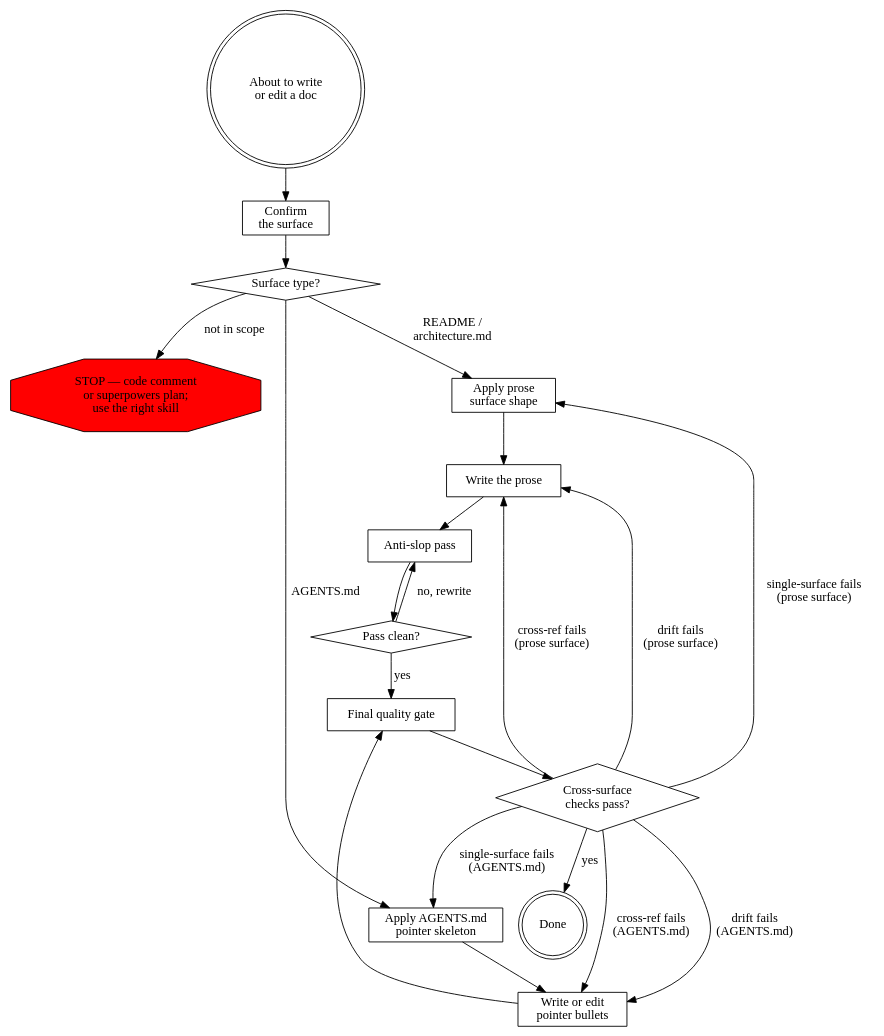
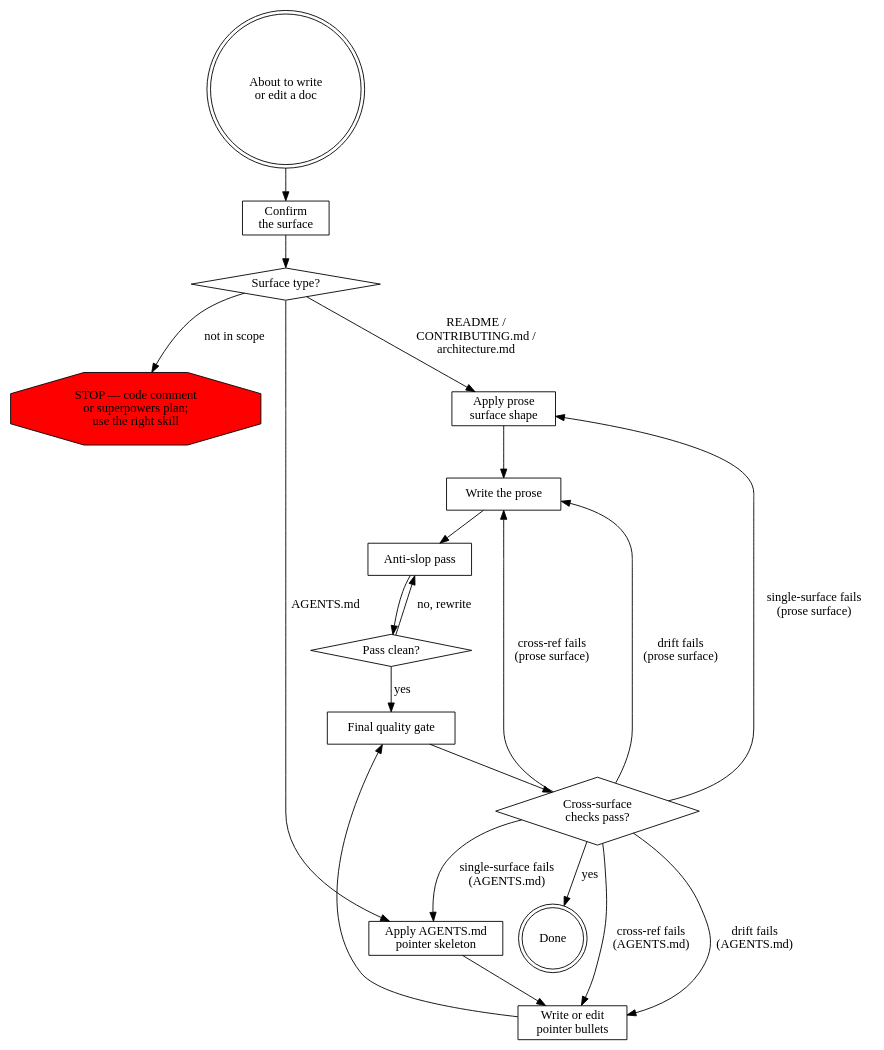
The diagram in .claude/skills/writing-docs/SKILL.md (it-bens/chunkhound-index-compactor), drawn with Graphviz before and after one commit. The commit also changed other lines of this file and 5 other files, not shown here.

````diff
--- a/.claude/skills/writing-docs/SKILL.md
+++ b/.claude/skills/writing-docs/SKILL.md
@@ -17,44 +17,44 @@
 ```dot
 digraph docs_workflow {
     entry [shape=doublecircle, label="About to write\nor edit a doc"];
     surface [shape=box, label="Confirm\nthe surface"];
     branch [shape=diamond, label="Surface type?"];
     out_of_scope [shape=octagon, style=filled, fillcolor=red, label="STOP — code comment\nor superpowers plan;\nuse the right skill"];
 
     prose_shape [shape=box, label="Apply prose\nsurface shape"];
     prose_write [shape=box, label="Write the prose"];
     slop [shape=box, label="Anti-slop pass"];
     slop_clean [shape=diamond, label="Pass clean?"];
 
     agents_shape [shape=box, label="Apply AGENTS.md\npointer skeleton"];
     agents_write [shape=box, label="Write or edit\npointer bullets"];
 
     gate [shape=box, label="Final quality gate"];
     gate_pass [shape=diamond, label="Cross-surface\nchecks pass?"];
     done [shape=doublecircle, label="Done"];
 
     entry -> surface;
     surface -> branch;
     branch -> out_of_scope [label="not in scope"];
-    branch -> prose_shape [label="README /\narchitecture.md"];
+    branch -> prose_shape [label="README /\nCONTRIBUTING.md /\narchitecture.md"];
     branch -> agents_shape [label="AGENTS.md"];
 
     prose_shape -> prose_write;
     prose_write -> slop;
     slop -> slop_clean;
     slop_clean -> slop [label="no, rewrite"];
     slop_clean -> gate [label="yes"];
 
     agents_shape -> agents_write;
     agents_write -> gate;
 
     gate -> gate_pass;
     gate_pass -> done [label="yes"];
     gate_pass -> prose_shape [label="single-surface fails\n(prose surface)"];
     gate_pass -> agents_shape [label="single-surface fails\n(AGENTS.md)"];
     gate_pass -> prose_write [label="cross-ref fails\n(prose surface)"];
     gate_pass -> agents_write [label="cross-ref fails\n(AGENTS.md)"];
     gate_pass -> prose_write [label="drift fails\n(prose surface)"];
     gate_pass -> agents_write [label="drift fails\n(AGENTS.md)"];
 }
 ```
````
